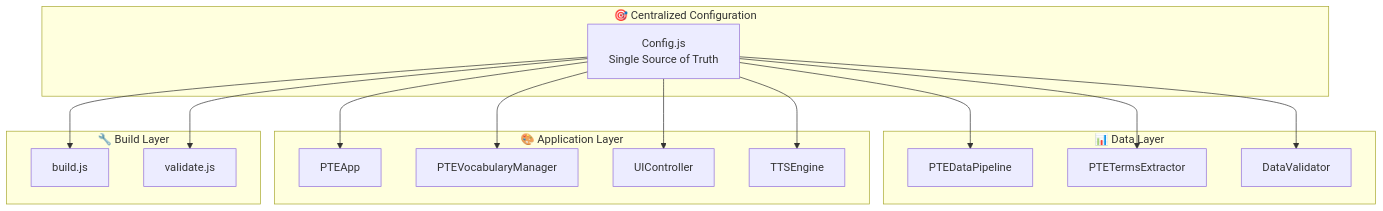
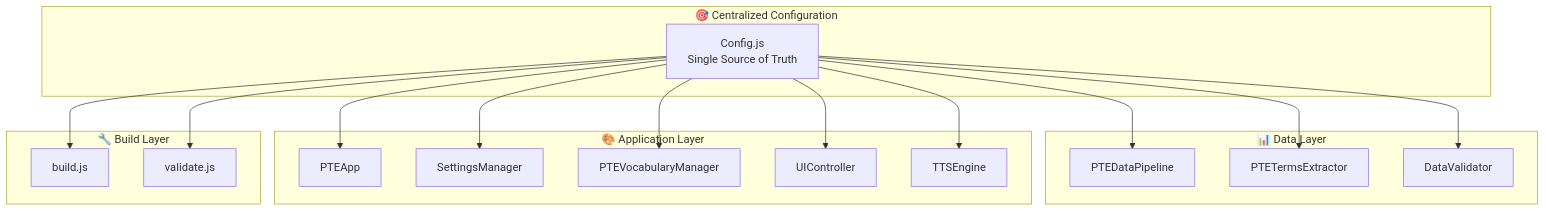
Before and after one commit to david3xu/ccl-pronunciation-trainer: the fifth of 8 diagrams in docs/WORKFLOW.md, drawn with Mermaid. The commit also changed other lines of this file and 18 other files, not shown here.

````diff
--- a/docs/WORKFLOW.md
+++ b/docs/WORKFLOW.md
@@ -161,34 +192,36 @@
 ```mermaid
 graph TD
     subgraph "🎯 Centralized Configuration"
         CONFIG[Config.js<br/>Single Source of Truth]
     end
 
     subgraph "📊 Data Layer"
         PIPELINE[PTEDataPipeline]
         EXTRACTOR[PTETermsExtractor]
         VALIDATOR[DataValidator]
     end
 
     subgraph "🎨 Application Layer"
         APP[PTEApp]
+        SETTINGS[SettingsManager]
         VOCAB[PTEVocabularyManager]
         UI[UIController]
         TTS[TTSEngine]
     end
 
     subgraph "🔧 Build Layer"
         BUILD[build.js]
         VALIDATE[validate.js]
     end
 
     CONFIG --> PIPELINE
     CONFIG --> EXTRACTOR
     CONFIG --> VALIDATOR
     CONFIG --> APP
+    CONFIG --> SETTINGS
     CONFIG --> VOCAB
     CONFIG --> UI
     CONFIG --> TTS
     CONFIG --> BUILD
     CONFIG --> VALIDATE
 ```
````
